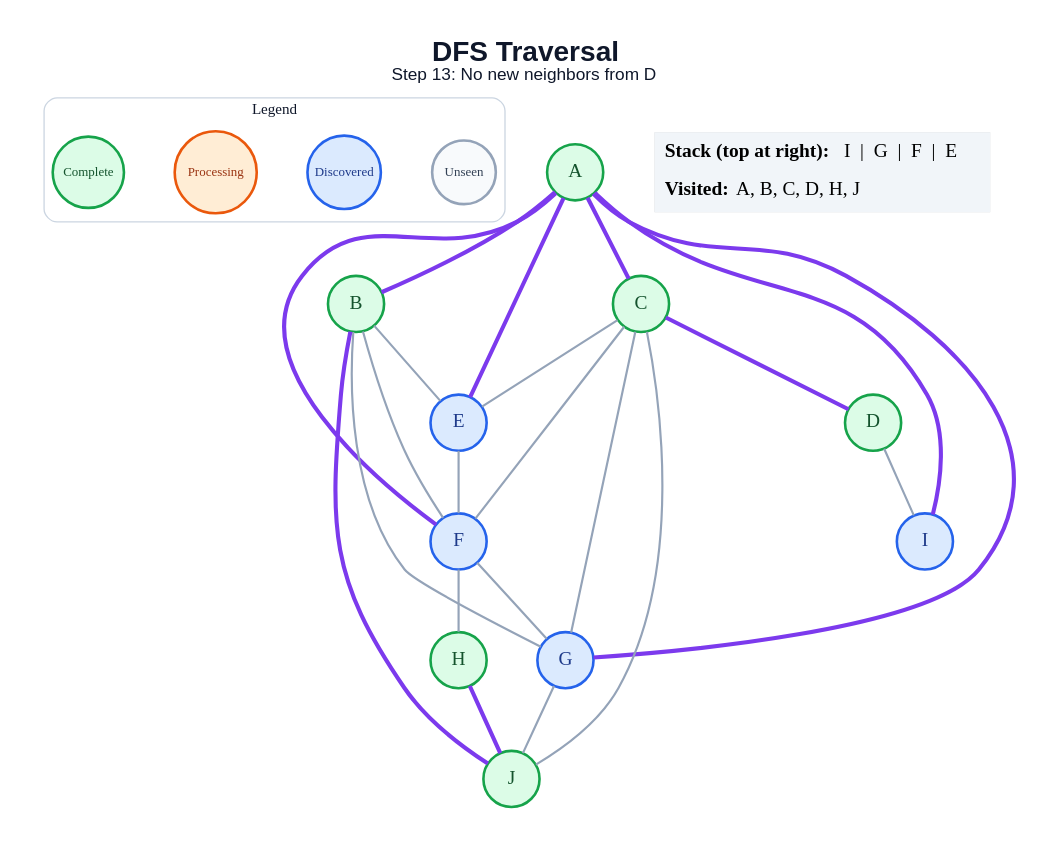
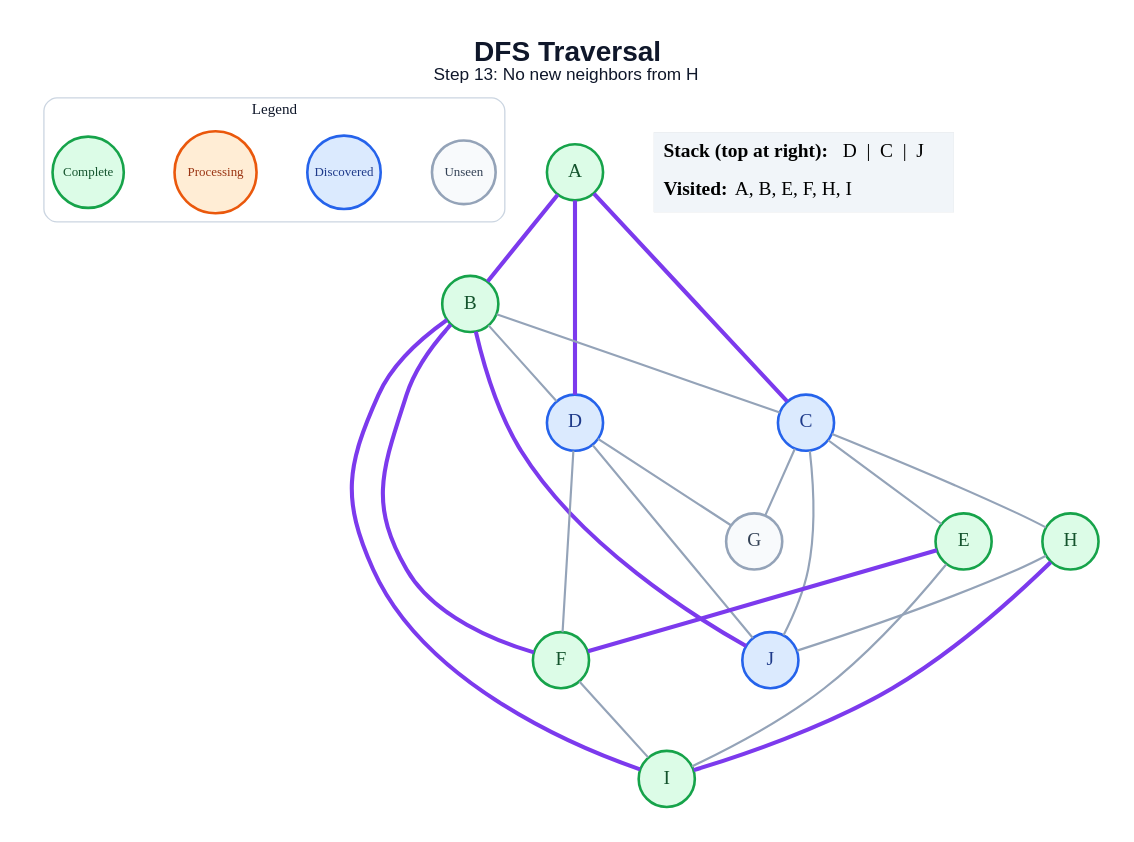
Before and after one commit to anon7238593-create/ai-slop: the diagram in generated/dfs/step_13.dot, drawn with Graphviz. The commit also changed 171 other files, not shown here.

```diff
--- a/generated/dfs/step_13.dot
+++ b/generated/dfs/step_13.dot
@@ -1,50 +1,49 @@
 graph traversal {
   graph [layout=dot, rankdir=TB, bgcolor="#FFFFFF", pad="0.35", nodesep="0.65", ranksep="0.8", fontname="Arial"];
   node [shape=circle, style="filled", fontname="Arial Bold", fontsize=18, width=0.72, fixedsize=true, penwidth=2.4];
   edge [color="#94A3B8", penwidth=2.0];
-  label=<<B>DFS Traversal</B><BR/><FONT POINT-SIZE="16">Step 13: No new neighbors from D</FONT>>; labelloc="t"; fontsize=26; fontname="Arial"; fontcolor="#0F172A";
+  label=<<B>DFS Traversal</B><BR/><FONT POINT-SIZE="16">Step 13: No new neighbors from H</FONT>>; labelloc="t"; fontsize=26; fontname="Arial"; fontcolor="#0F172A";
   subgraph cluster_legend { label="Legend"; color="#CBD5E1"; penwidth=1.2; style="rounded"; fontsize=14; fontname="Arial Bold";
     key_unseen [label="Unseen", fillcolor="#F8FAFC", color="#94A3B8", fontcolor="#334155", fontsize=12, width=0.82];
     key_frontier [label="Discovered", fillcolor="#DBEAFE", color="#2563EB", fontcolor="#1E3A8A", fontsize=12, width=0.95];
     key_current [label="Processing", fillcolor="#FFEDD5", color="#EA580C", fontcolor="#9A3412", fontsize=12, width=1.05];
     key_done [label="Complete", fillcolor="#DCFCE7", color="#16A34A", fontcolor="#14532D", fontsize=12, width=0.92];
     { rank=same; key_unseen; key_frontier; key_current; key_done; }
   }
   A [fillcolor="#DCFCE7", color="#16A34A", fontcolor="#14532D"];
   B [fillcolor="#DCFCE7", color="#16A34A", fontcolor="#14532D"];
-  C [fillcolor="#DCFCE7", color="#16A34A", fontcolor="#14532D"];
-  D [fillcolor="#DCFCE7", color="#16A34A", fontcolor="#14532D"];
-  E [fillcolor="#DBEAFE", color="#2563EB", fontcolor="#1E3A8A"];
-  F [fillcolor="#DBEAFE", color="#2563EB", fontcolor="#1E3A8A"];
-  G [fillcolor="#DBEAFE", color="#2563EB", fontcolor="#1E3A8A"];
+  C [fillcolor="#DBEAFE", color="#2563EB", fontcolor="#1E3A8A"];
+  D [fillcolor="#DBEAFE", color="#2563EB", fontcolor="#1E3A8A"];
+  E [fillcolor="#DCFCE7", color="#16A34A", fontcolor="#14532D"];
+  F [fillcolor="#DCFCE7", color="#16A34A", fontcolor="#14532D"];
+  G [fillcolor="#F8FAFC", color="#94A3B8", fontcolor="#334155"];
   H [fillcolor="#DCFCE7", color="#16A34A", fontcolor="#14532D"];
-  I [fillcolor="#DBEAFE", color="#2563EB", fontcolor="#1E3A8A"];
-  J [fillcolor="#DCFCE7", color="#16A34A", fontcolor="#14532D"];
+  I [fillcolor="#DCFCE7", color="#16A34A", fontcolor="#14532D"];
+  J [fillcolor="#DBEAFE", color="#2563EB", fontcolor="#1E3A8A"];
   A -- B [color="#7C3AED", penwidth=3.8];
   A -- C [color="#7C3AED", penwidth=3.8];
-  A -- E [color="#7C3AED", penwidth=3.8];
-  A -- F [color="#7C3AED", penwidth=3.8];
-  A -- G [color="#7C3AED", penwidth=3.8];
-  A -- I [color="#7C3AED", penwidth=3.8];
-  B -- E;
-  B -- F;
-  B -- G;
+  A -- D [color="#7C3AED", penwidth=3.8];
+  B -- C;
+  B -- D;
+  B -- F [color="#7C3AED", penwidth=3.8];
+  B -- I [color="#7C3AED", penwidth=3.8];
   B -- J [color="#7C3AED", penwidth=3.8];
-  C -- D [color="#7C3AED", penwidth=3.8];
   C -- E;
-  C -- F;
   C -- G;
+  C -- H;
   C -- J;
-  D -- I;
-  E -- F;
-  F -- G;
-  F -- H;
-  G -- J;
-  H -- J [color="#7C3AED", penwidth=3.8];
+  D -- F;
+  D -- G;
+  D -- J;
+  E -- F [color="#7C3AED", penwidth=3.8];
+  E -- I;
+  F -- I;
+  H -- I [color="#7C3AED", penwidth=3.8];
+  H -- J;
   status [shape=plain, fixedsize=false, width=0, height=0, margin=0, label=<
     <TABLE BORDER="0" CELLBORDER="0" CELLPADDING="7" BGCOLOR="#F1F5F9">
-      <TR><TD ALIGN="LEFT"><B>Stack (top at right):</B> I  |  G  |  F  |  E</TD></TR>
-      <TR><TD ALIGN="LEFT"><B>Visited:</B> A, B, C, D, H, J</TD></TR>
+      <TR><TD ALIGN="LEFT"><B>Stack (top at right):</B> D  |  C  |  J</TD></TR>
+      <TR><TD ALIGN="LEFT"><B>Visited:</B> A, B, E, F, H, I</TD></TR>
     </TABLE>
   >];
 }
```
